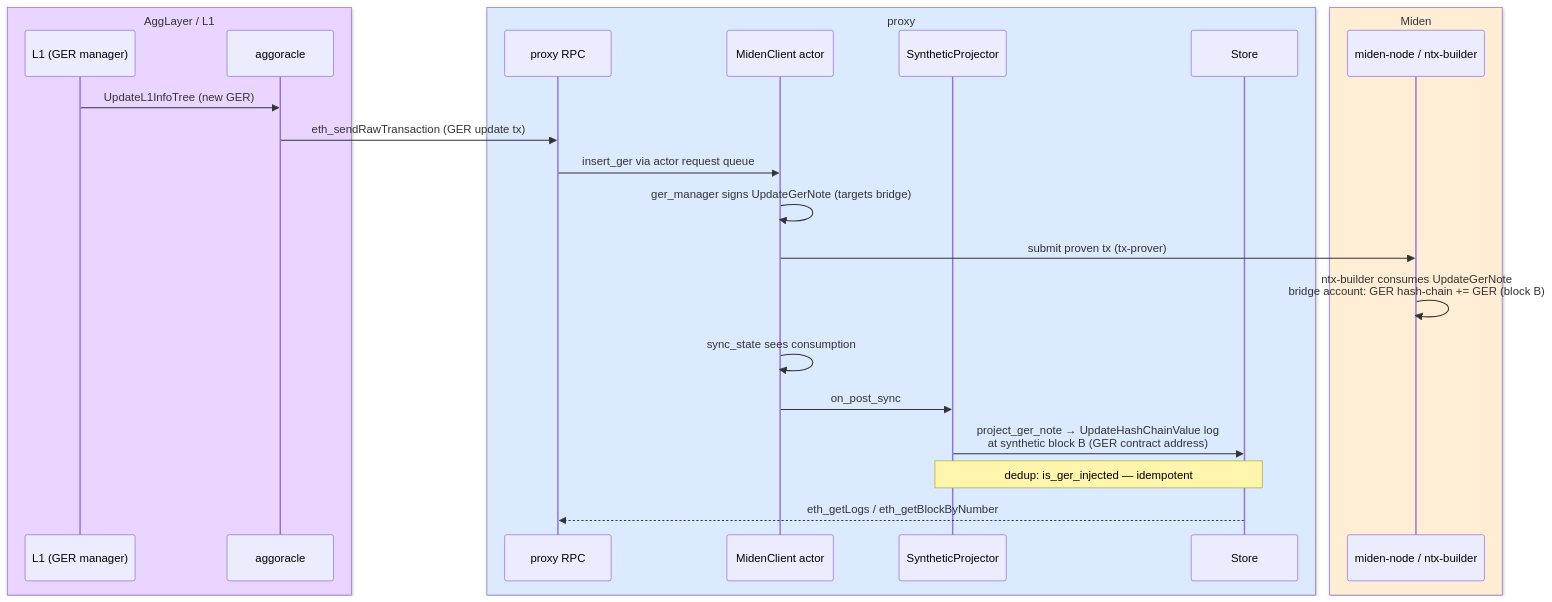
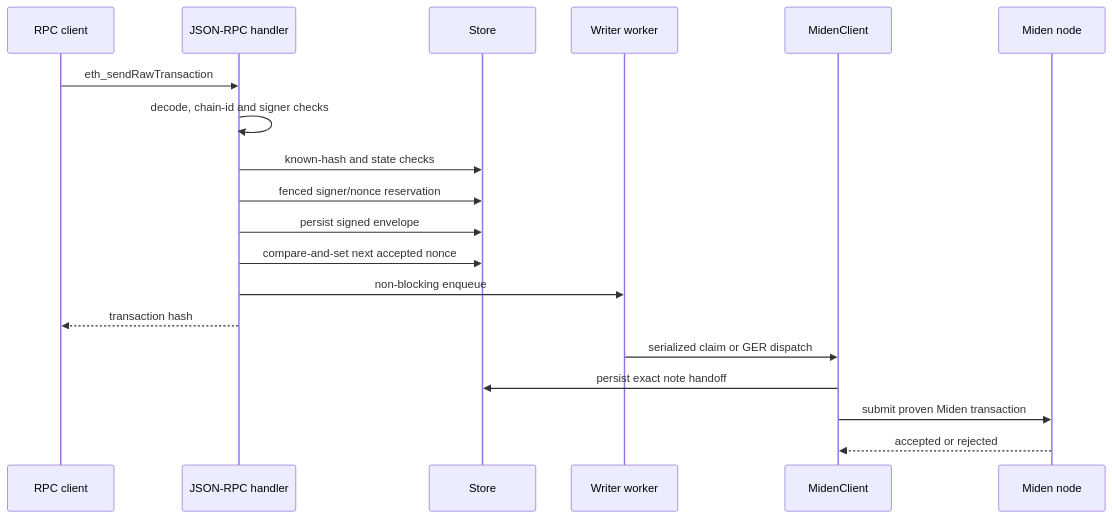
The second of 3 diagrams in docs/ARCHITECTURE.md (gateway-fm/miden-agglayer), drawn with Mermaid before and after one commit. The commit also changed other lines of this file and 23 other files, not shown here.

````diff
--- a/docs/ARCHITECTURE.md
+++ b/docs/ARCHITECTURE.md
@@ -131,28 +90,22 @@
 ```mermaid
 sequenceDiagram
-    box rgb(233,213,255) AggLayer / L1
-        participant L1 as L1 (GER manager)
-        participant AO as aggoracle
-    end
-    box rgb(219,234,254) proxy
-        participant RPC as proxy RPC
-        participant MC as MidenClient actor
-        participant SP as SyntheticProjector
-        participant ST as Store
-    end
-    box rgb(255,237,213) Miden
-        participant N as miden-node / ntx-builder
-    end
+    participant C as RPC client
+    participant R as JSON-RPC handler
+    participant S as Store
+    participant W as Writer worker
+    participant M as MidenClient
+    participant N as Miden node
 
-    L1->>AO: UpdateL1InfoTree (new GER)
-    AO->>RPC: eth_sendRawTransaction (GER update tx)
-    RPC->>MC: insert_ger via actor request queue
-    MC->>MC: ger_manager signs UpdateGerNote (targets bridge)
-    MC->>N: submit proven tx (tx-prover)
-    N->>N: ntx-builder consumes UpdateGerNote<br/>bridge account: GER hash-chain += GER (block B)
-    MC->>MC: sync_state sees consumption
-    MC->>SP: on_post_sync
-    SP->>ST: project_ger_note → UpdateHashChainValue log<br/>at synthetic block B (GER contract address)
-    Note over SP,ST: dedup: is_ger_injected — idempotent
-    ST-->>RPC: eth_getLogs / eth_getBlockByNumber
+    C->>R: eth_sendRawTransaction
+    R->>R: decode, chain-id and signer checks
+    R->>S: known-hash and state checks
+    R->>S: fenced signer/nonce reservation
+    R->>S: persist signed envelope
+    R->>S: compare-and-set next accepted nonce
+    R->>W: non-blocking enqueue
+    R-->>C: transaction hash
+    W->>M: serialized claim or GER dispatch
+    M->>S: persist exact note handoff
+    M->>N: submit proven Miden transaction
+    N-->>M: accepted or rejected
 ```
````
